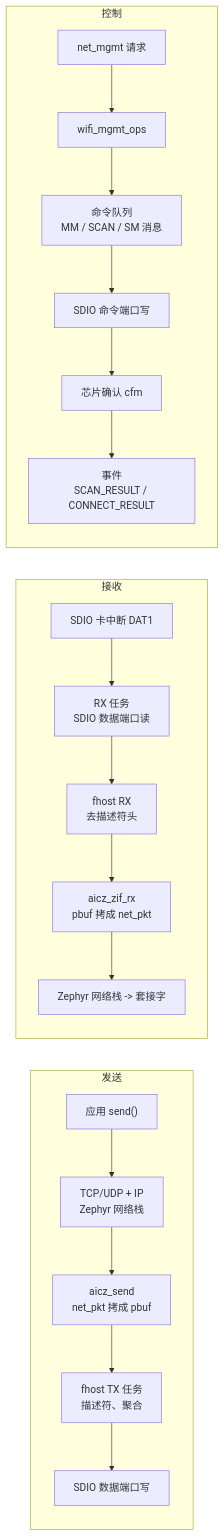
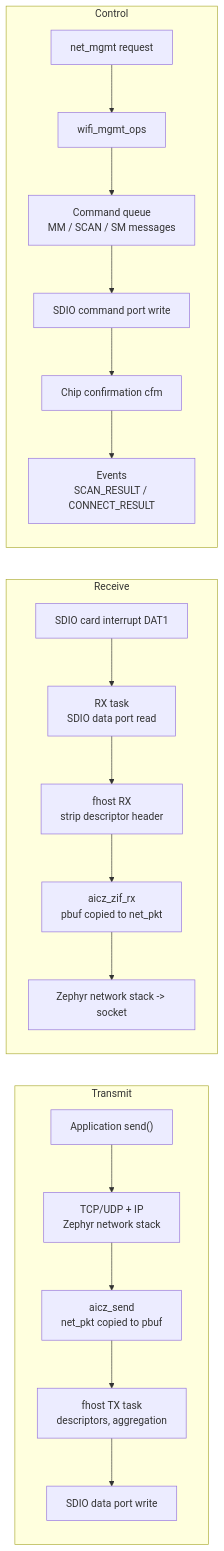
The second of 2 diagrams in docs/src/content/docs/dev/zephyr/components/aic8800-wifi.md (YuzukiHD/YuzukiNeko), drawn with Mermaid before and after one commit. The commit also changed other lines of this file and 216 other files, not shown here.

````diff
--- a/docs/src/content/docs/dev/zephyr/components/aic8800-wifi.md
+++ b/docs/src/content/docs/dev/zephyr/components/aic8800-wifi.md
@@ -53,22 +53,22 @@
 ```mermaid
 flowchart LR
-    subgraph 发送
-        A1["应用 send()"] --> A2["TCP/UDP + IP<br/>Zephyr 网络栈"]
-        A2 --> A3["aicz_send<br/>net_pkt 拷成 pbuf"]
-        A3 --> A4["fhost TX 任务<br/>描述符、聚合"]
-        A4 --> A5["SDIO 数据端口写"]
+    subgraph Transmit
+        A1["Application send()"] --> A2["TCP/UDP + IP<br/>Zephyr network stack"]
+        A2 --> A3["aicz_send<br/>net_pkt copied to pbuf"]
+        A3 --> A4["fhost TX task<br/>descriptors, aggregation"]
+        A4 --> A5["SDIO data port write"]
     end
-    subgraph 接收
-        B5["SDIO 卡中断 DAT1"] --> B4["RX 任务<br/>SDIO 数据端口读"]
-        B4 --> B3["fhost RX<br/>去描述符头"]
-        B3 --> B2["aicz_zif_rx<br/>pbuf 拷成 net_pkt"]
-        B2 --> B1["Zephyr 网络栈 -> 套接字"]
+    subgraph Receive
+        B5["SDIO card interrupt DAT1"] --> B4["RX task<br/>SDIO data port read"]
+        B4 --> B3["fhost RX<br/>strip descriptor header"]
+        B3 --> B2["aicz_zif_rx<br/>pbuf copied to net_pkt"]
+        B2 --> B1["Zephyr network stack -> socket"]
     end
-    subgraph 控制
-        C1["net_mgmt 请求"] --> C2["wifi_mgmt_ops"]
-        C2 --> C3["命令队列<br/>MM / SCAN / SM 消息"]
-        C3 --> C4["SDIO 命令端口写"]
-        C4 --> C5["芯片确认 cfm"]
-        C5 --> C6["事件<br/>SCAN_RESULT / CONNECT_RESULT"]
+    subgraph Control
+        C1["net_mgmt request"] --> C2["wifi_mgmt_ops"]
+        C2 --> C3["Command queue<br/>MM / SCAN / SM messages"]
+        C3 --> C4["SDIO command port write"]
+        C4 --> C5["Chip confirmation cfm"]
+        C5 --> C6["Events<br/>SCAN_RESULT / CONNECT_RESULT"]
     end
 ```
````
